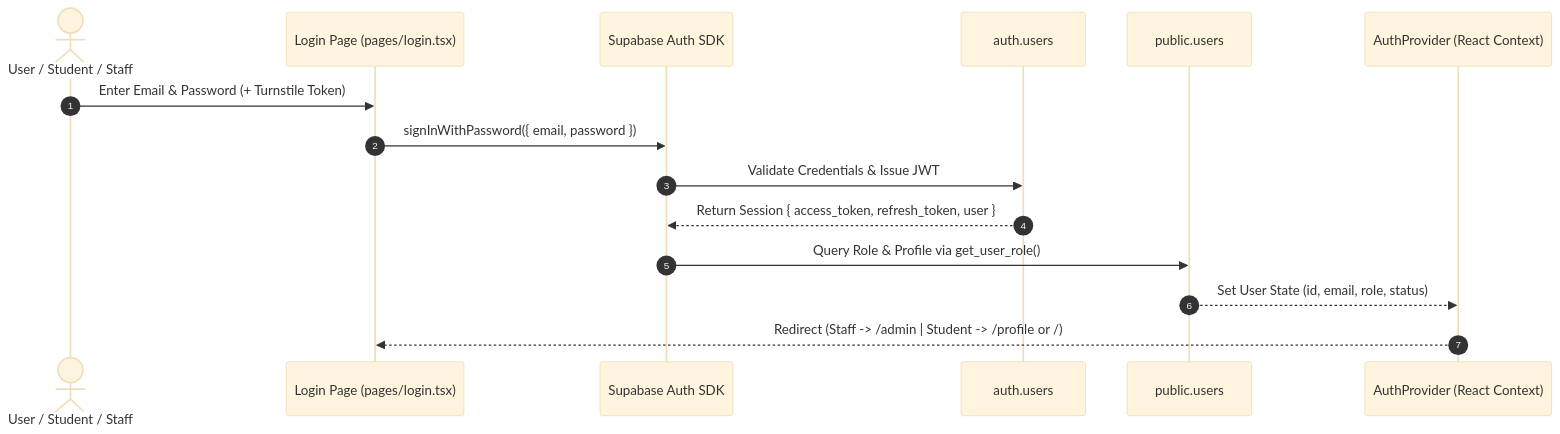
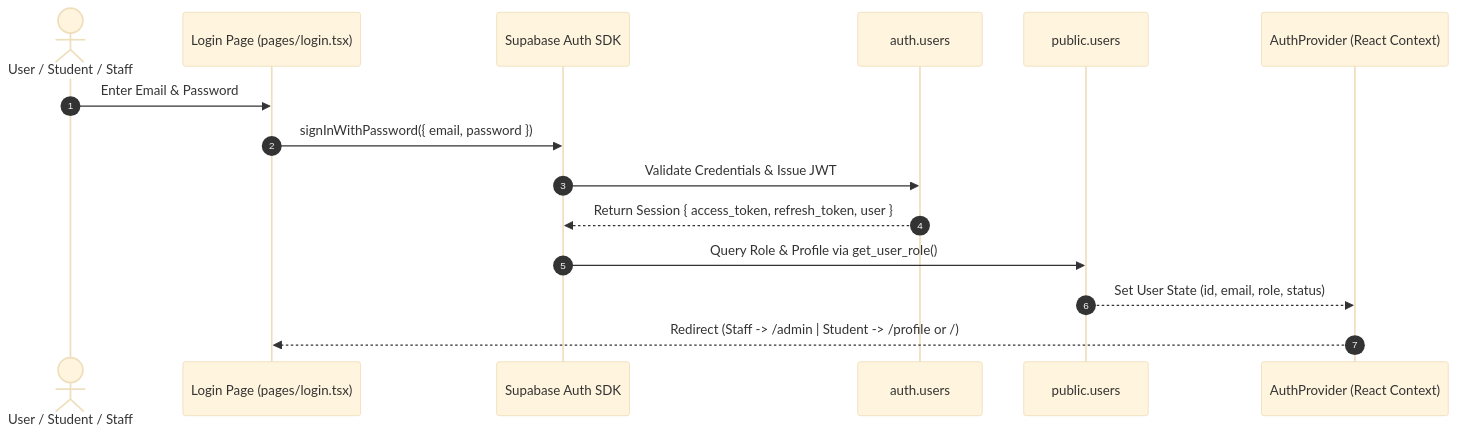
Before and after one commit to zdump-guy/PharmaCore: the diagram in docs/ENGINES/AUTH_ENGINE.md, drawn with Mermaid (base theme). The commit also changed 52 other files, not shown here.

````diff
--- a/docs/ENGINES/AUTH_ENGINE.md
+++ b/docs/ENGINES/AUTH_ENGINE.md
@@ -7,18 +7,18 @@
 ```mermaid
 sequenceDiagram
     autonumber
     actor User as User / Student / Staff
     participant UI as Login Page (pages/login.tsx)
     participant AuthSDK as Supabase Auth SDK
     participant DBAuth as auth.users
     participant DBUsers as public.users
     participant Context as AuthProvider (React Context)
 
-    User->>UI: Enter Email & Password (+ Turnstile Token)
+    User->>UI: Enter Email & Password
     UI->>AuthSDK: signInWithPassword({ email, password })
     AuthSDK->>DBAuth: Validate Credentials & Issue JWT
     DBAuth-->>AuthSDK: Return Session { access_token, refresh_token, user }
     AuthSDK->>DBUsers: Query Role & Profile via get_user_role()
     DBUsers-->>Context: Set User State (id, email, role, status)
     Context-->>UI: Redirect (Staff -> /admin | Student -> /profile or /)
 ```
````
